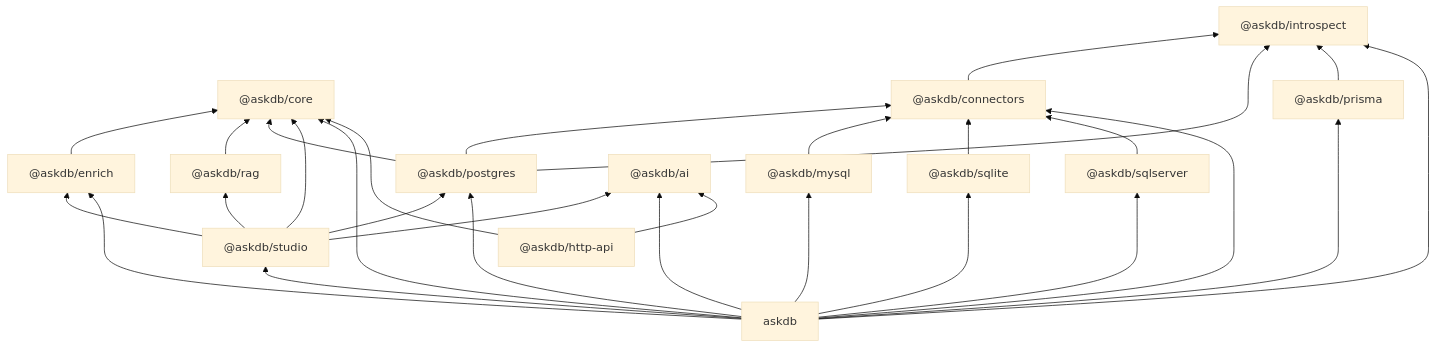
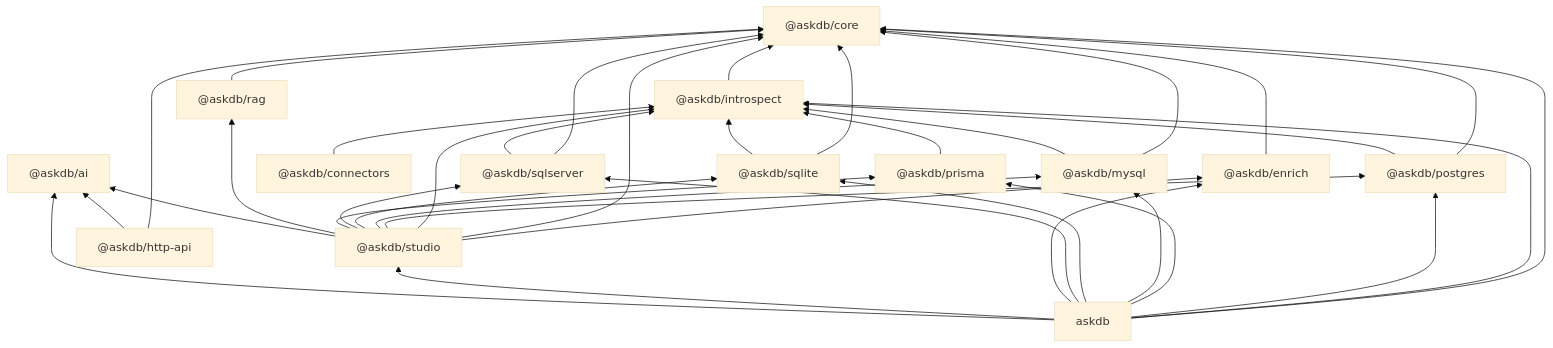
Before and after one commit to Ygilany/AskDB: the third of 7 diagrams in docs/architecture.md, drawn with Mermaid (base theme). The commit also changed other lines of this file and 49 other files, not shown here.

````diff
--- a/docs/architecture.md
+++ b/docs/architecture.md
@@ -121,46 +128,53 @@
 ```mermaid
 flowchart BT
   core["@askdb/core"]
   introspect["@askdb/introspect"]
   enrich["@askdb/enrich"]
   rag["@askdb/rag"]
   postgres["@askdb/postgres"]
   prisma["@askdb/prisma"]
   connectors["@askdb/connectors"]
   mysql["@askdb/mysql"]
   sqlite["@askdb/sqlite"]
   sqlserver["@askdb/sqlserver"]
   ai["@askdb/ai"]
   studio["@askdb/studio"]
   cli["askdb"]
   http["@askdb/http-api"]
 
   connectors --> introspect
+  introspect --> core
   enrich --> core
   rag --> core
   postgres --> core
   postgres --> introspect
-  postgres --> connectors
   prisma --> introspect
-  mysql --> connectors
-  sqlite --> connectors
-  sqlserver --> connectors
+  mysql --> core
+  mysql --> introspect
+  sqlite --> core
+  sqlite --> introspect
+  sqlserver --> core
+  sqlserver --> introspect
   studio --> enrich
   studio --> core
+  studio --> introspect
   studio --> postgres
+  studio --> mysql
+  studio --> sqlite
+  studio --> sqlserver
+  studio --> prisma
   studio --> rag
   studio --> ai
   cli --> core
   cli --> introspect
   cli --> postgres
   cli --> prisma
-  cli --> connectors
   cli --> mysql
   cli --> sqlite
   cli --> sqlserver
   cli --> enrich
   cli --> studio
   cli --> ai
   http --> core
   http --> ai
 ```
````
